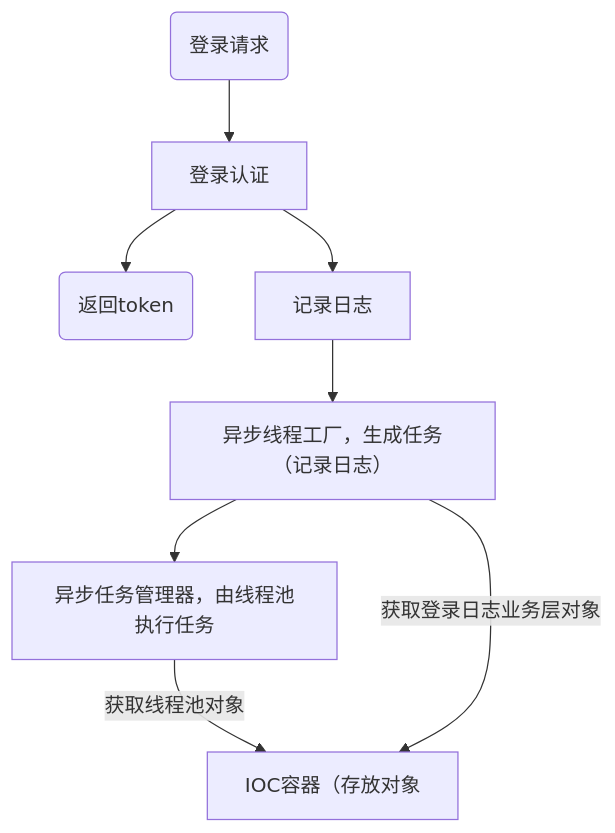
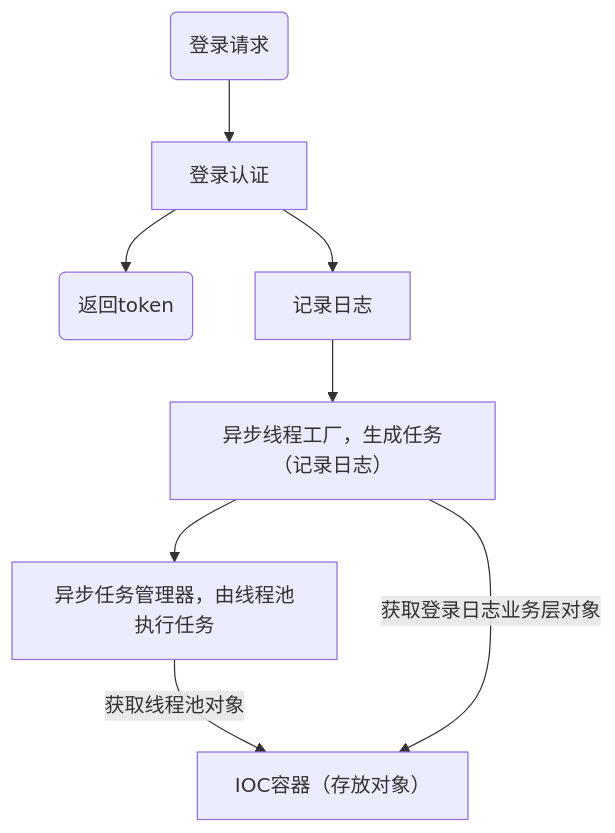
One commit to Zt2tzzt/dkd-parent changed the first of 2 diagrams in Note/28-原理篇-异步任务管理器-操作日志.md. Above: the diagram before and after it, drawn with Mermaid. The commit also changed other lines of this file and 2 other files, not shown here.

````diff
--- a/Note/28-原理篇-异步任务管理器-操作日志.md
+++ b/Note/28-原理篇-异步任务管理器-操作日志.md
@@ -56,10 +56,10 @@
 ```mermaid
 graph TD
 A(登录请求) -->B[登录认证]
     B --> C(返回token)
     B --> D[记录日志]
     D --> E[异步线程工厂，生成任务（记录日志）]
     E --> F[异步任务管理器，由线程池执行任务]
-    F -->|获取线程池对象| G[IOC容器（存放对象]
+    F -->|获取线程池对象| G[IOC容器（存放对象）]
     E -->|获取登录日志业务层对象| G
 ```
````
